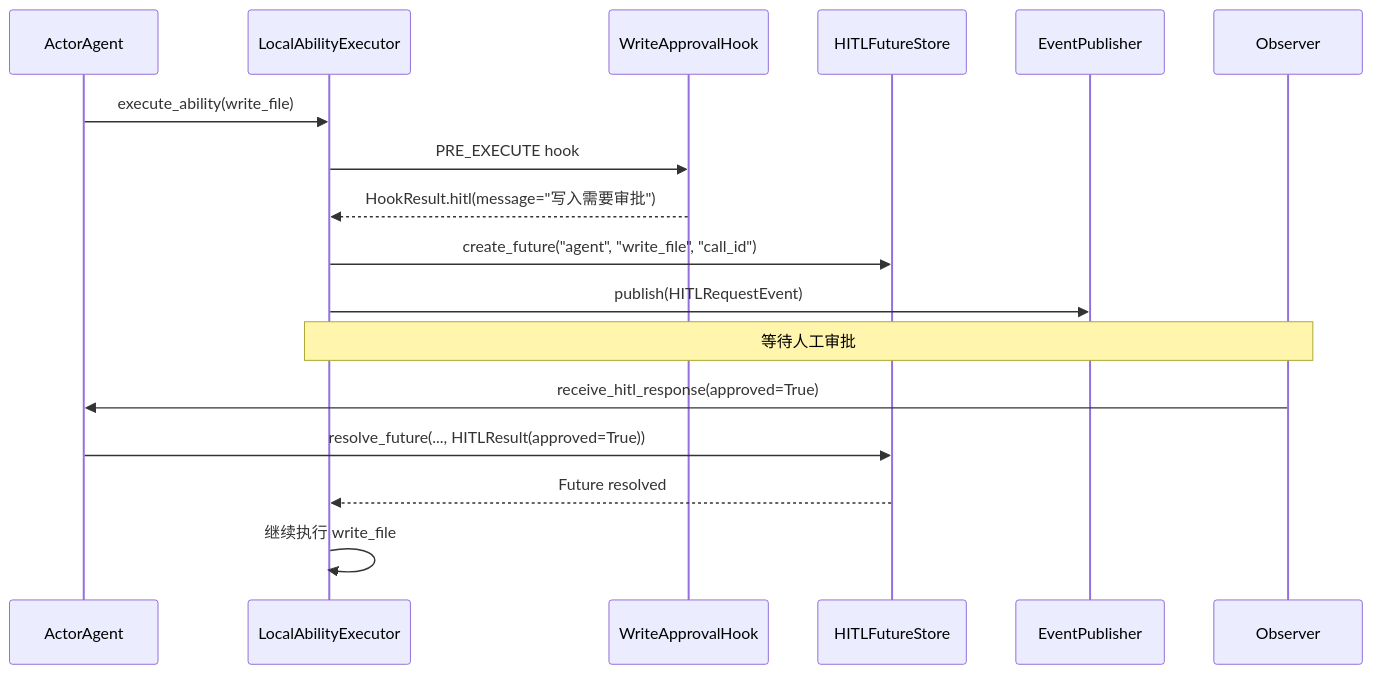
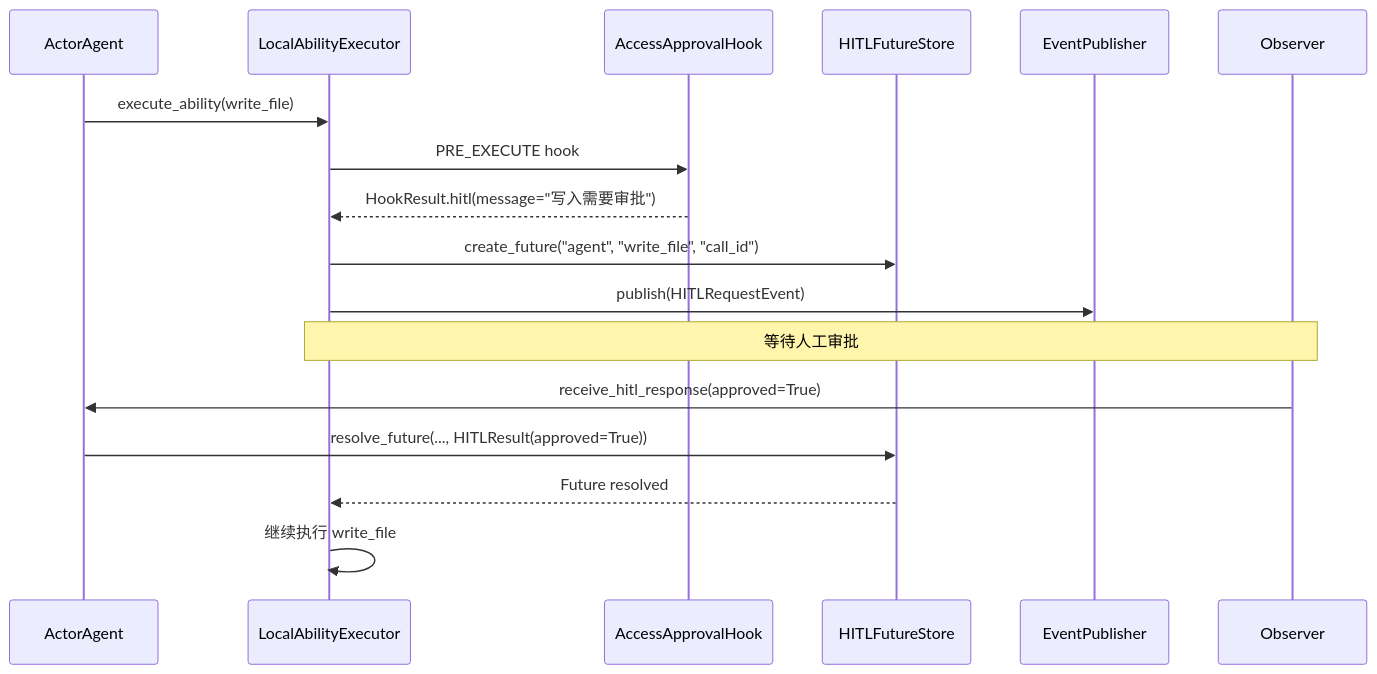
The first of 2 diagrams in ghrah-core/docs/hitl.md (ghrah/ghrah-monorepo), drawn with Mermaid before and after one commit. The commit also changed other lines of this file and 166 other files, not shown here.

````diff
--- a/ghrah-core/docs/hitl.md
+++ b/ghrah-core/docs/hitl.md
@@ -81,21 +81,21 @@
 ```mermaid
 sequenceDiagram
     participant Agent as ActorAgent
     participant LAE as LocalAbilityExecutor
-    participant Hook as WriteApprovalHook
+    participant Hook as AccessApprovalHook
     participant HFS as HITLFutureStore
     participant EP as EventPublisher
     participant Obs as Observer
 
     Agent->>LAE: execute_ability(write_file)
     LAE->>Hook: PRE_EXECUTE hook
     Hook-->>LAE: HookResult.hitl(message="写入需要审批")
     LAE->>HFS: create_future("agent", "write_file", "call_id")
     LAE->>EP: publish(HITLRequestEvent)
     
     Note over LAE,Obs: 等待人工审批
     Obs->>Agent: receive_hitl_response(approved=True)
     Agent->>HFS: resolve_future(..., HITLResult(approved=True))
     HFS-->>LAE: Future resolved
     LAE->>LAE: 继续执行 write_file
 ```
````
